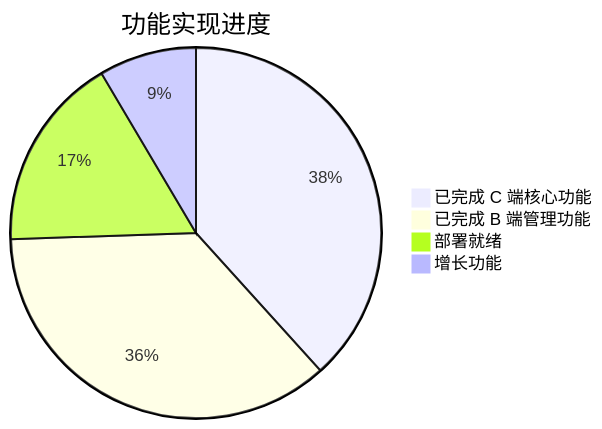
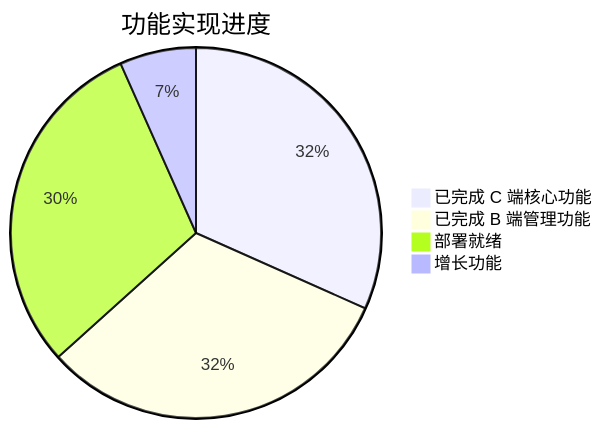
The second of 2 diagrams in docs/code_audit_report.md (linjunsen470-a11y/zhaoshang), drawn with Mermaid before and after one commit. The commit also changed other lines of this file and 1 other file, not shown here.

````diff
--- a/docs/code_audit_report.md
+++ b/docs/code_audit_report.md
@@ -235,7 +121,7 @@
 ```mermaid
 pie title 功能实现进度
-    "已完成 C 端核心功能" : 90
-    "已完成 B 端管理功能" : 85
-    "部署就绪" : 40
+    "已完成 C 端核心功能" : 95
+    "已完成 B 端管理功能" : 95
+    "部署就绪" : 90
     "增长功能" : 20
 ```
````
